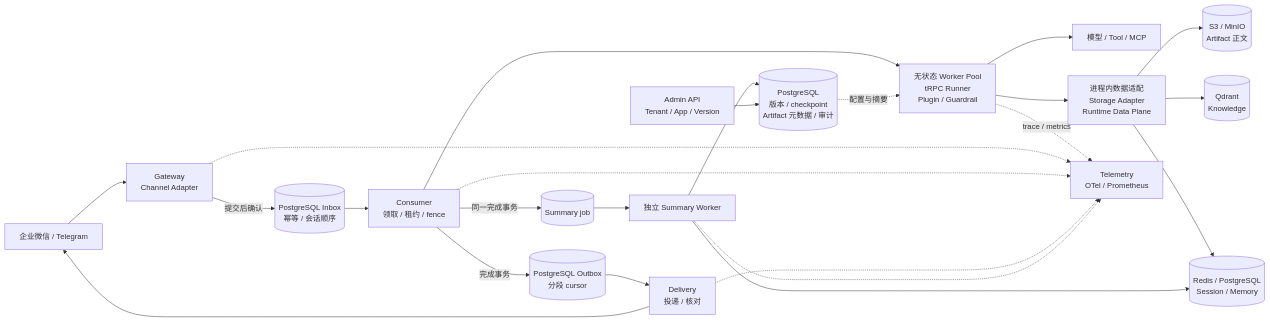
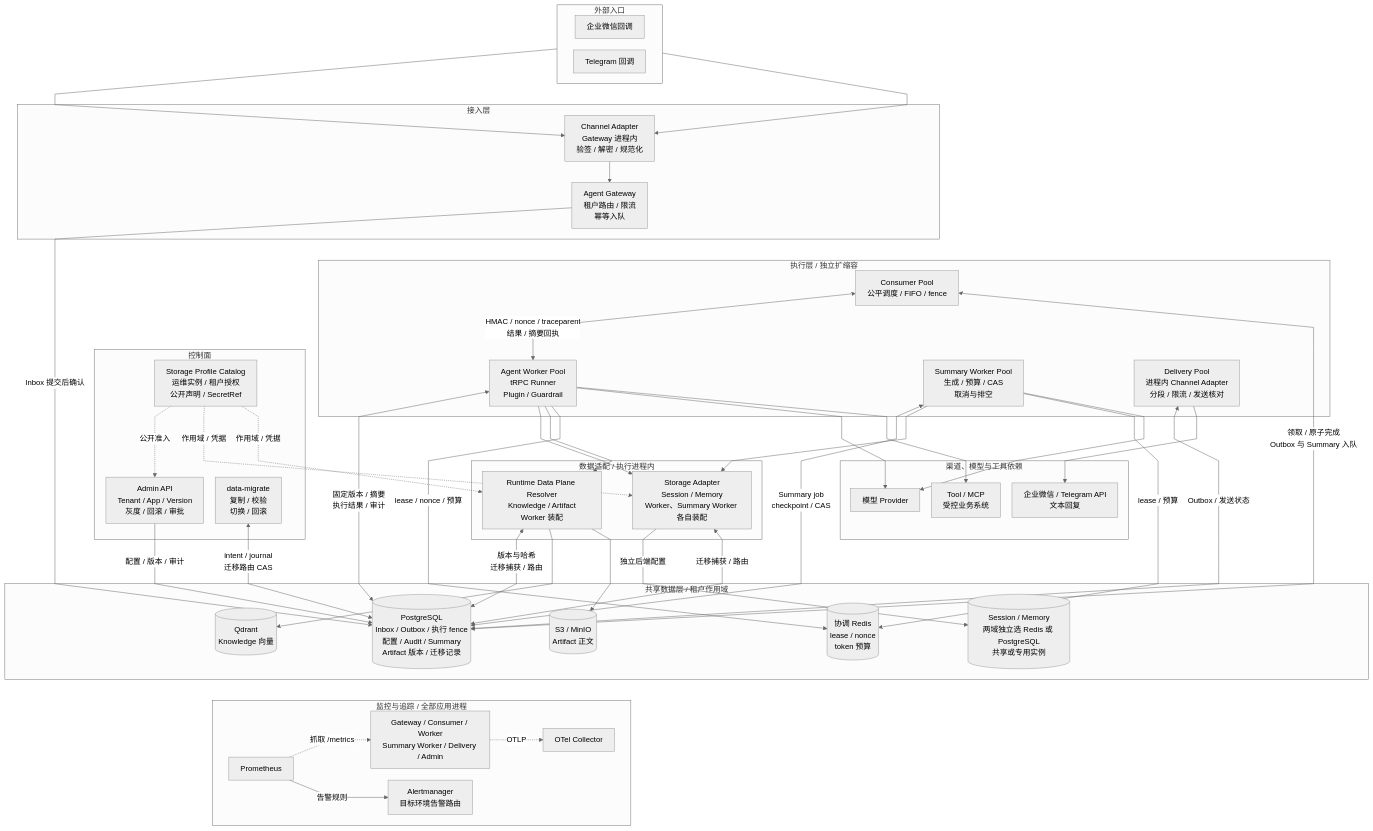
Before and after one commit to ltyfulan9/trpc-agent-service: the diagram in docs/ARCHITECTURE.md, drawn with Mermaid. The commit also changed other lines of this file and 16 other files, not shown here.

Commit message:
docs: consolidate guidance and restore full system architecture diagram

````diff
--- a/docs/ARCHITECTURE.md
+++ b/docs/ARCHITECTURE.md
@@ -13,26 +14,75 @@
 ```mermaid
-flowchart LR
-    IM["企业微信 / Telegram"] --> GW["Gateway<br/>Channel Adapter"]
-    GW -->|提交后确认| IN[("PostgreSQL Inbox<br/>幂等 / 会话顺序")]
-    IN --> C["Consumer<br/>领取 / 租约 / fence"]
-    C --> W["无状态 Worker Pool<br/>tRPC Runner<br/>Plugin / Guardrail"]
-    W --> MODEL["模型 / Tool / MCP"]
-    W --> ADAPT["进程内数据适配<br/>Storage Adapter<br/>Runtime Data Plane"]
-    ADAPT --> SM[("Redis / PostgreSQL<br/>Session / Memory")]
-    ADAPT --> Q[("Qdrant<br/>Knowledge")]
-    ADAPT --> S3[("S3 / MinIO<br/>Artifact 正文")]
-    C -->|完成事务| OUT[("PostgreSQL Outbox<br/>分段 cursor")]
-    OUT --> D["Delivery<br/>投递 / 核对"]
-    D --> IM
-    C -->|同一完成事务| SJ[("Summary job")]
-    SJ --> SW["独立 Summary Worker"]
-    SW --> SM
-    SW --> CP[("PostgreSQL<br/>版本 / checkpoint<br/>Artifact 元数据 / 审计")]
-    ADMIN["Admin API<br/>Tenant / App / Version"] --> CP
-    CP -.->|配置与摘要| W
-    W -.->|trace / metrics| OT["Telemetry<br/>OTel / Prometheus"]
-    GW -.-> OT
-    C -.-> OT
-    D -.-> OT
-    SW -.-> OT
+%%{init: {"theme":"neutral","themeVariables":{"fontSize":"16px"},"flowchart":{"curve":"linear","nodeSpacing":24,"rankSpacing":44,"padding":12}}}%%
+flowchart TB
+  subgraph EXT["外部入口"]
+    direction LR
+    WX["企业微信回调"]
+    TG["Telegram 回调"]
+  end
+  subgraph EDGE["接入层"]
+    CA["Channel Adapter<br/>Gateway 进程内<br/>验签 / 解密 / 规范化"]
+    GW["Agent Gateway<br/>租户路由 / 限流<br/>幂等入队"]
+  end
+  subgraph CTRL["控制面"]
+    PROF["Storage Profile Catalog<br/>运维实例 / 租户授权<br/>公开声明 / SecretRef"]
+    A["Admin API<br/>Tenant / App / Version<br/>灰度 / 回滚 / 审批"]
+    MIG["data-migrate<br/>复制 / 校验<br/>切换 / 回滚"]
+  end
+  subgraph EXEC["执行层 / 独立扩缩容"]
+    C["Consumer Pool<br/>公平调度 / FIFO / fence"]
+    W["Agent Worker Pool<br/>tRPC Runner<br/>Plugin / Guardrail"]
+    SW["Summary Worker Pool<br/>生成 / 预算 / CAS<br/>取消与排空"]
+    D["Delivery Pool<br/>进程内 Channel Adapter<br/>分段 / 限流 / 发送核对"]
+  end
+  subgraph ADAPT["数据适配 / 执行进程内"]
+    SM["Storage Adapter<br/>Session / Memory<br/>Worker、Summary Worker 各自装配"]
+    DP["Runtime Data Plane Resolver<br/>Knowledge / Artifact<br/>Worker 装配"]
+  end
+  subgraph DATA["共享数据层 / 租户作用域"]
+    PG[("PostgreSQL<br/>Inbox / Outbox / 执行 fence<br/>配置 / Audit / Summary<br/>Artifact 版本 / 迁移记录")]
+    R[("协调 Redis<br/>lease / nonce<br/>token 预算")]
+    SD[("Session / Memory<br/>两域独立选 Redis 或 PostgreSQL<br/>共享或专用实例")]
+    Q[("Qdrant<br/>Knowledge 向量")]
+    S3[("S3 / MinIO<br/>Artifact 正文")]
+  end
+  subgraph PROVIDERS["渠道、模型与工具依赖"]
+    REPLY["企业微信 / Telegram API<br/>文本回复"]
+    MODEL["模型 Provider"]
+    TOOL["Tool / MCP<br/>受控业务系统"]
+  end
+  subgraph OBS["监控与追踪 / 全部应用进程"]
+    direction LR
+    PM["Prometheus"]
+    TEL["Gateway / Consumer / Worker<br/>Summary Worker / Delivery / Admin"]
+    OT["OTel Collector"]
+    AM["Alertmanager<br/>目标环境告警路由"]
+    PM -.->|抓取 /metrics| TEL
+    TEL -.->|OTLP| OT
+    PM -->|告警规则| AM
+  end
+
+  WX & TG --> CA --> GW
+  GW -->|Inbox 提交后确认| PG
+  GW ~~~ C
+  C <-->|HMAC / nonce / traceparent<br/>结果 / 摘要回执| W
+  C <-->|领取 / 原子完成<br/>Outbox 与 Summary 入队| PG
+  D <-->|Outbox / 发送状态| PG
+  D --> REPLY
+  W <-->|固定版本 / 摘要<br/>执行结果 / 审计| PG
+  SW <-->|Summary job<br/>checkpoint / CAS| PG
+  W --> SM & DP
+  SW --> SM
+  SM -->|独立后端配置| SD
+  SM <-->|迁移捕获 / 路由| PG
+  DP <-->|版本与哈希<br/>迁移捕获 / 路由| PG
+  DP --> Q & S3
+  W -->|lease / nonce / 预算| R
+  SW -->|lease / 预算| R
+  W --> MODEL & TOOL
+  SW --> MODEL
+  A -->|配置 / 版本 / 审计| PG
+  MIG <-->|intent / journal<br/>迁移路由 CAS| PG
+  PROF -.->|公开准入| A
+  PROF -.->|作用域 / 凭据| SM & DP
+  DATA ~~~ OBS
 ```
````
